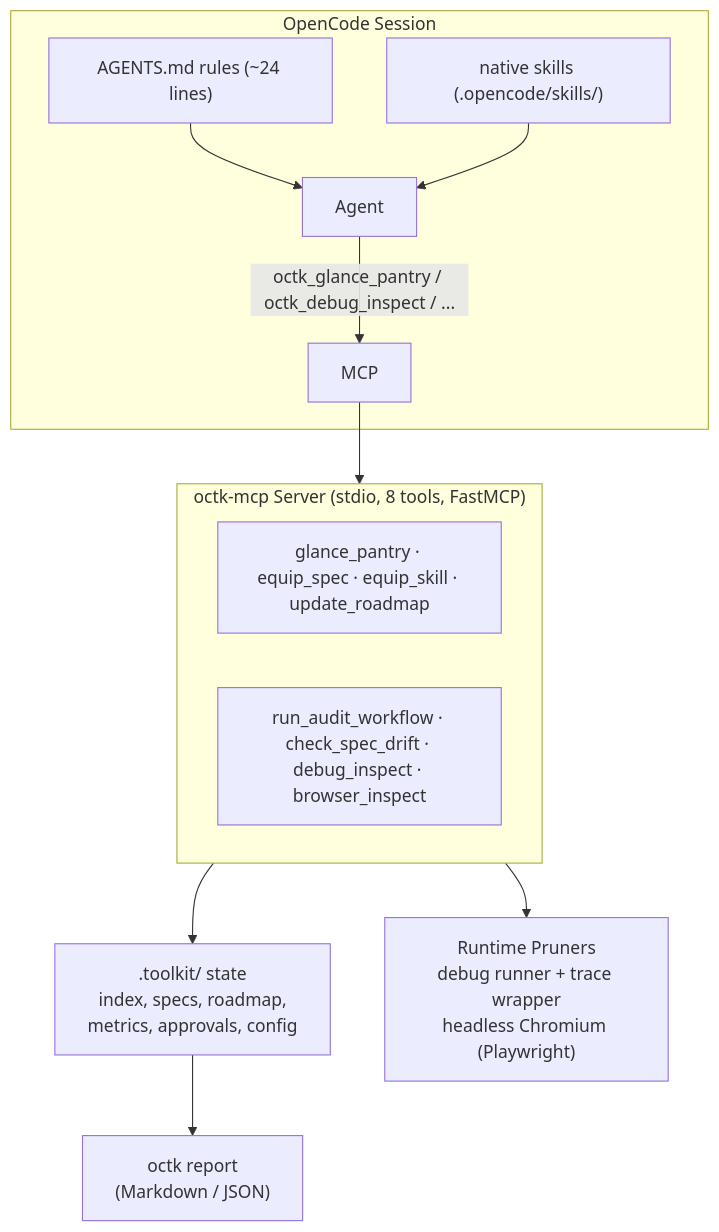
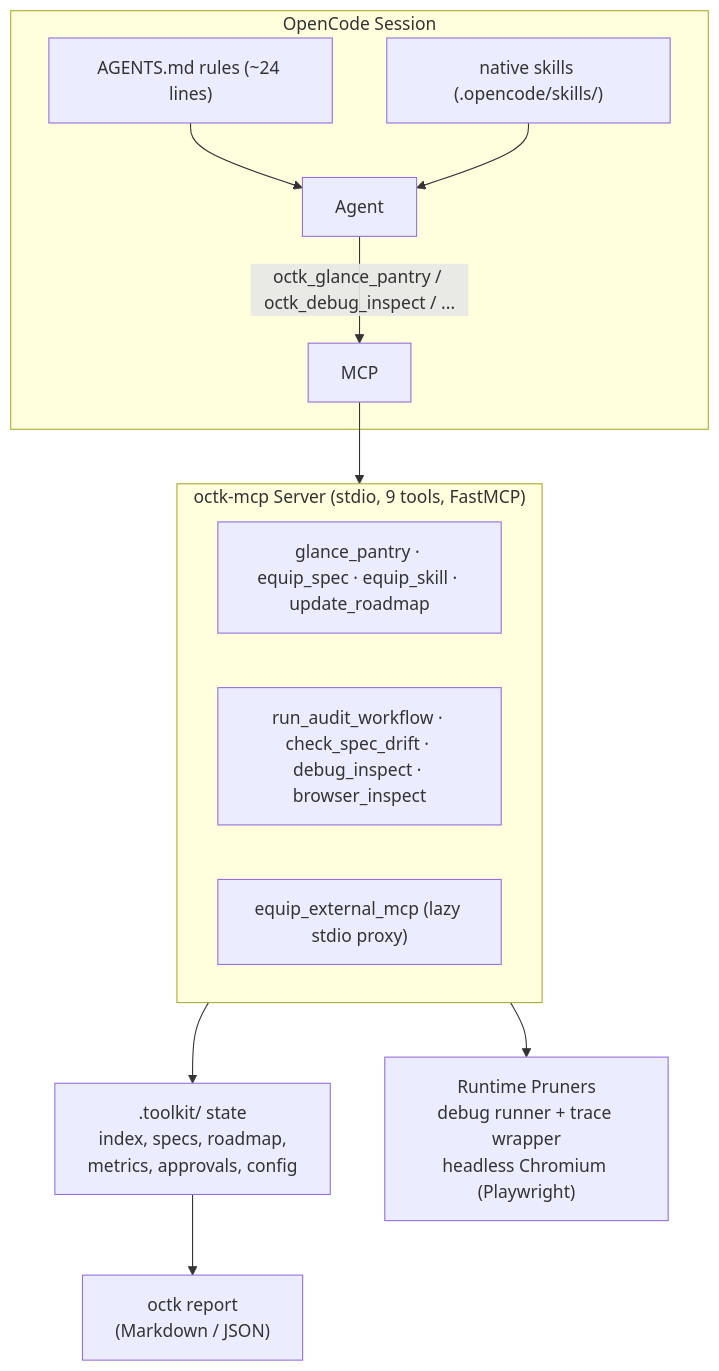
Before and after one commit to manaskumar1704/opencode-toolkit: the first of 2 diagrams in README.md, drawn with Mermaid. The commit also changed other lines of this file and 29 other files, not shown here.

````diff
--- a/README.md
+++ b/README.md
@@ -108,20 +110,21 @@
 ```mermaid
 flowchart TB
   subgraph Session["OpenCode Session"]
     AG["AGENTS.md rules (~24 lines)"]
     NAT["native skills (.opencode/skills/)"]
     AG --> Agent
     NAT --> Agent
     Agent -->|"octk_glance_pantry / octk_debug_inspect / ..."| MCP
   end
 
-  subgraph Server["octk-mcp Server (stdio, 8 tools, FastMCP)"]
+  subgraph Server["octk-mcp Server (stdio, 9 tools, FastMCP)"]
     T1["glance_pantry · equip_spec · equip_skill · update_roadmap"]
     T2["run_audit_workflow · check_spec_drift · debug_inspect · browser_inspect"]
+    T3["equip_external_mcp (lazy stdio proxy)"]
   end
 
   MCP --> Server
   Server --> State[".toolkit/ state\nindex, specs, roadmap,\nmetrics, approvals, config"]
   Server --> Pruners["Runtime Pruners\ndebug runner + trace wrapper\nheadless Chromium (Playwright)"]
   State --> Report["octk report\n(Markdown / JSON)"]
 ```
````
